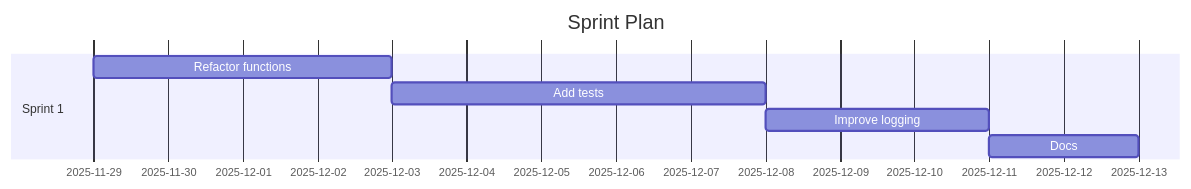
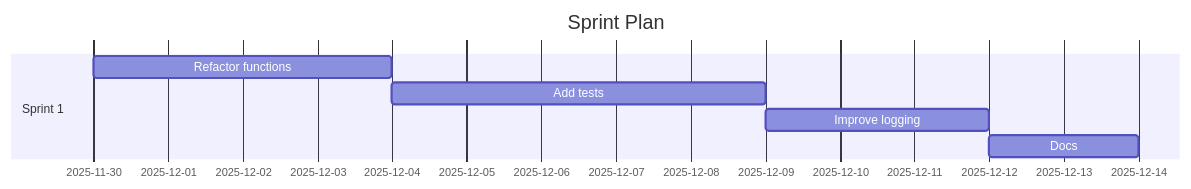
Before and after one commit to Anselmoo/mcp-ai-agent-guidelines: the diagram in demos/demo-code-analysis.sprint.md, drawn with Mermaid. The commit also changed other lines of this file and 96 other files, not shown here.

````diff
--- a/demos/demo-code-analysis.sprint.md
+++ b/demos/demo-code-analysis.sprint.md
@@ -59,11 +59,11 @@
 ```mermaid
 gantt
 	dateFormat  YYYY-MM-DD
 	title Sprint Plan
 %% Accessibility: Title=Project Sprint Plan; Description=Gantt chart of sprints and tasks over time. %%
   section Sprint 1
-  Refactor functions :s1t0, 2025-11-29, 4d
-  Add tests :s1t1, 2025-12-03, 5d
-  Improve logging :s1t2, 2025-12-08, 3d
-  Docs :s1t3, 2025-12-11, 2d
+  Refactor functions :s1t0, 2025-11-30, 4d
+  Add tests :s1t1, 2025-12-04, 5d
+  Improve logging :s1t2, 2025-12-09, 3d
+  Docs :s1t3, 2025-12-12, 2d
 ```
````
